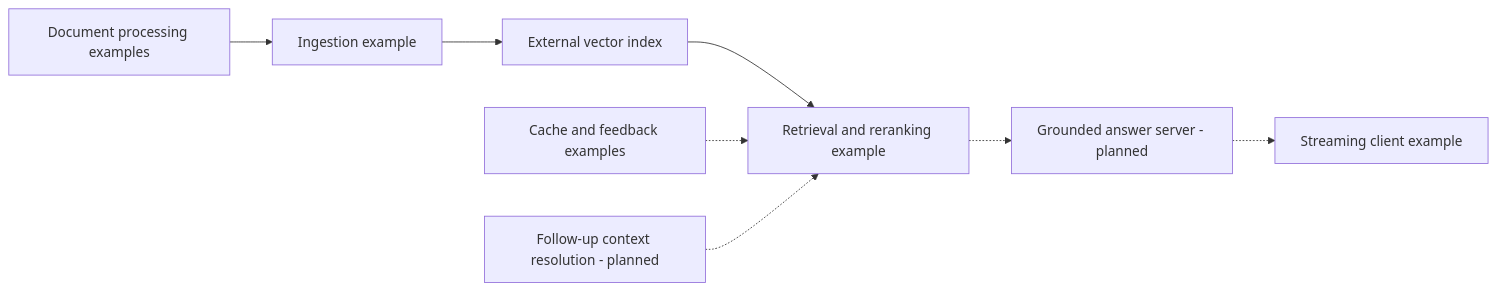
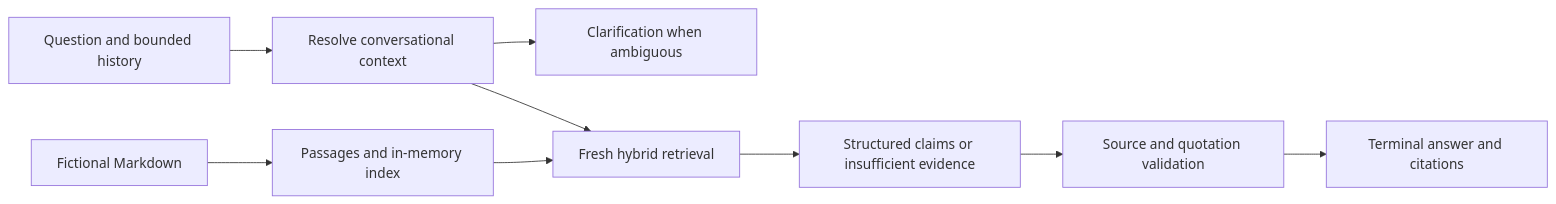
One commit to swa34/applied-llm-rag-system changed the diagram in README.md. Above: the diagram before and after it, drawn with Mermaid. The commit also changed other lines of this file and 9 other files, not shown here.

````diff
--- a/README.md
+++ b/README.md
@@ -54,10 +36,11 @@
 ```mermaid
 flowchart LR
-    A[Document processing examples] --> B[Ingestion example]
-    B --> C[External vector index]
-    C --> D[Retrieval and reranking example]
-    E[Cache and feedback examples] -.-> D
-    F[Follow-up context resolution - planned] -.-> D
-    D -.-> G[Grounded answer server - planned]
-    G -.-> H[Streaming client example]
+    D[Fictional Markdown] --> I[Passages and in-memory index]
+    Q[Question and bounded history] --> C[Resolve conversational context]
+    C --> U[Clarification when ambiguous]
+    C --> R[Fresh hybrid retrieval]
+    I --> R
+    R --> A[Structured claims or insufficient evidence]
+    A --> V[Source and quotation validation]
+    V --> T[Terminal answer and citations]
 ```
````
